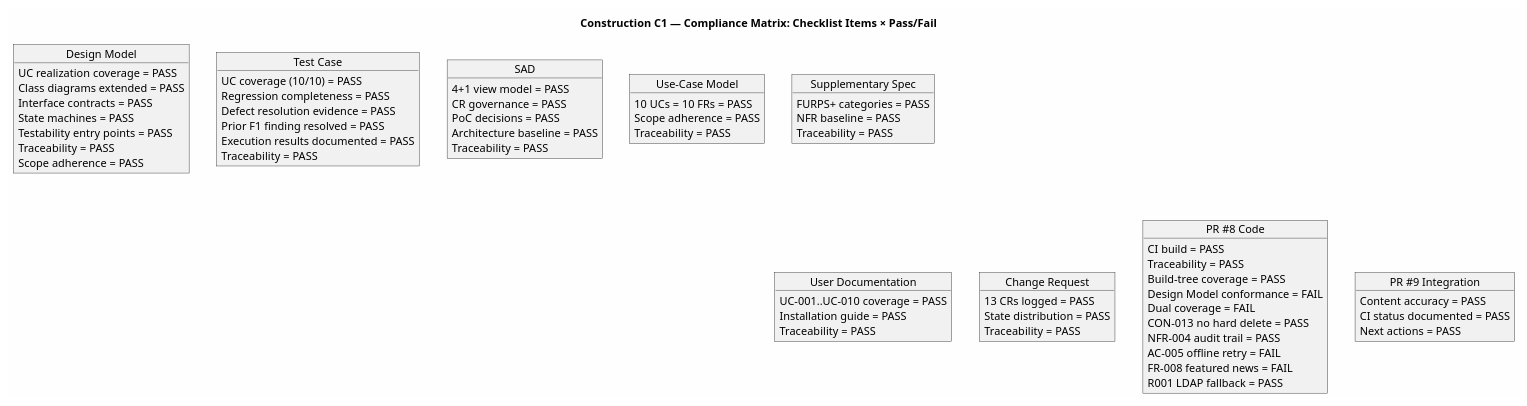
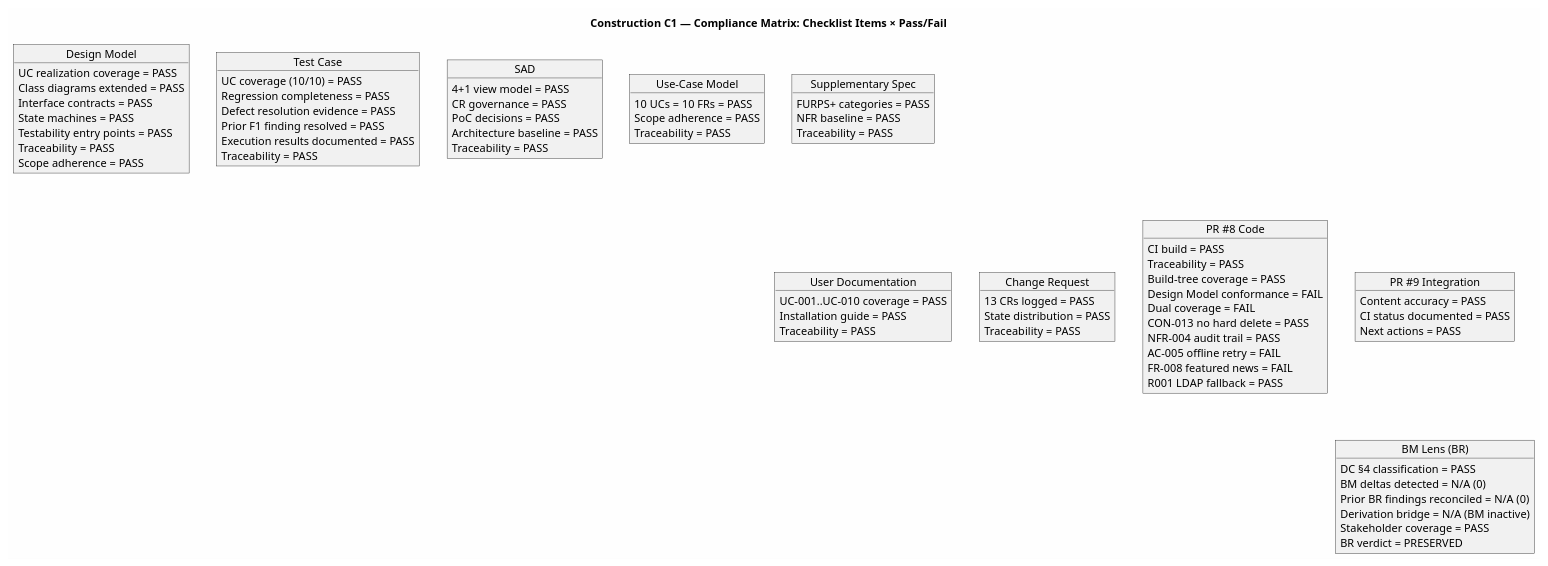
The second of 4 diagrams in docs/artifacts/project-management/review-record.md (banense-test/portal-cuba-corp), drawn with PlantUML before and after one commit. The commit also changed other lines of this file, not shown here.

````diff
--- a/docs/artifacts/project-management/review-record.md
+++ b/docs/artifacts/project-management/review-record.md
@@ -153,6 +225,15 @@
   Next actions = PASS
 }
 
+object "BM Lens (BR)" as BML {
+  DC §4 classification = PASS
+  BM deltas detected = N/A (0)
+  Prior BR findings reconciled = N/A (0)
+  Derivation bridge = N/A (BM inactive)
+  Stakeholder coverage = PASS
+  BR verdict = PRESERVED
+}
+
 DM -[hidden]right-> TC
 TC -[hidden]right-> SAD
 SAD -[hidden]right-> UCM
@@ -161,6 +242,7 @@
 UD -[hidden]right-> CR
 CR -[hidden]right-> PR8
 PR8 -[hidden]right-> PR9
+PR9 -[hidden]down-> BML
 
 @enduml
 ```
````
